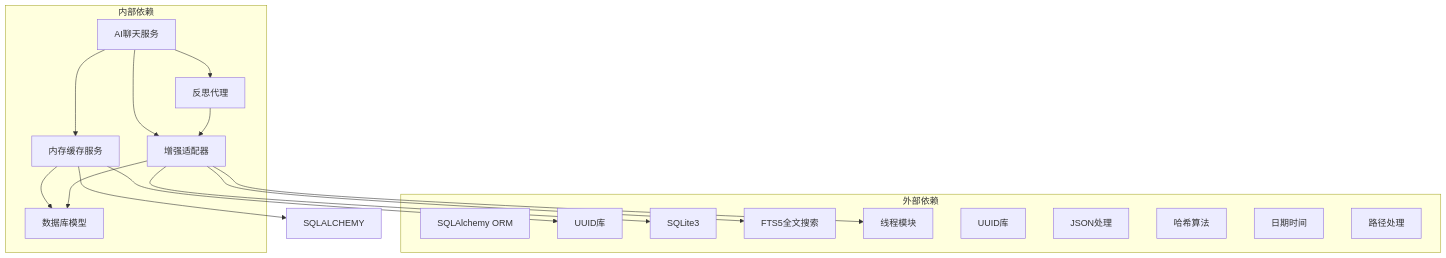
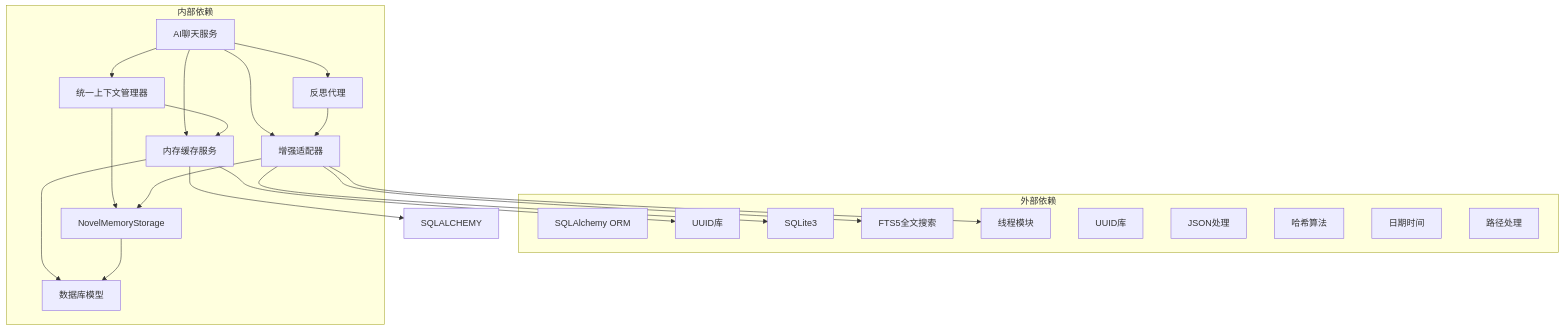
Before and after one commit to xfbyxq/ai-novel-system: the ninth of 10 diagrams in .qoder/repowiki/zh/content/Memory Service.md, drawn with Mermaid. The commit also changed other lines of this file and 2 other files, not shown here.

````diff
--- a/.qoder/repowiki/zh/content/Memory Service.md
+++ b/.qoder/repowiki/zh/content/Memory Service.md
@@ -535,33 +416,39 @@
 ```mermaid
 graph TB
 subgraph "外部依赖"
 SQLAlchemy[SQLAlchemy ORM]
 UUID[UUID库]
 SQLite[SQLite3]
 FTS5[FTS5全文搜索]
 threading[线程模块]
 uuid[UUID库]
 json[JSON处理]
 hashlib[哈希算法]
 datetime[日期时间]
 pathlib[路径处理]
 end
 subgraph "内部依赖"
 AI_CHAT_SERVICE[AI聊天服务]
 REFLECTION_AGENT[反思代理]
 DATABASE_MODELS[数据库模型]
 MEMORY_SERVICE[内存缓存服务]
 PERSISTENT_ADAPTER[增强适配器]
+UNIFIED_CONTEXT[统一上下文管理器]
+NOVEL_MEMORY_STORAGE[NovelMemoryStorage]
 end
 AI_CHAT_SERVICE --> MEMORY_SERVICE
 AI_CHAT_SERVICE --> PERSISTENT_ADAPTER
 AI_CHAT_SERVICE --> REFLECTION_AGENT
+AI_CHAT_SERVICE --> UNIFIED_CONTEXT
+UNIFIED_CONTEXT --> MEMORY_SERVICE
+UNIFIED_CONTEXT --> NOVEL_MEMORY_STORAGE
 REFLECTION_AGENT --> PERSISTENT_ADAPTER
 MEMORY_SERVICE --> DATABASE_MODELS
-PERSISTENT_ADAPTER --> DATABASE_MODELS
+PERSISTENT_ADAPTER --> NOVEL_MEMORY_STORAGE
+NOVEL_MEMORY_STORAGE --> DATABASE_MODELS
 MEMORY_SERVICE --> UUID
 MEMORY_SERVICE --> SQLALCHEMY
 PERSISTENT_ADAPTER --> SQLite
 PERSISTENT_ADAPTER --> FTS5
 PERSISTENT_ADAPTER --> threading
 ```
````
